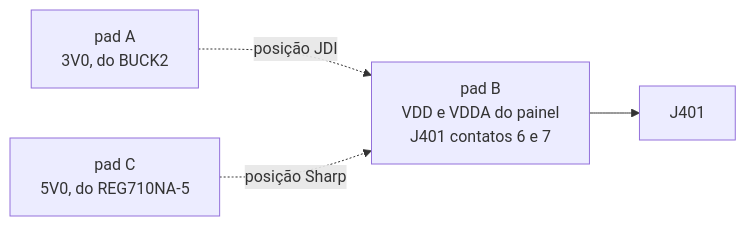
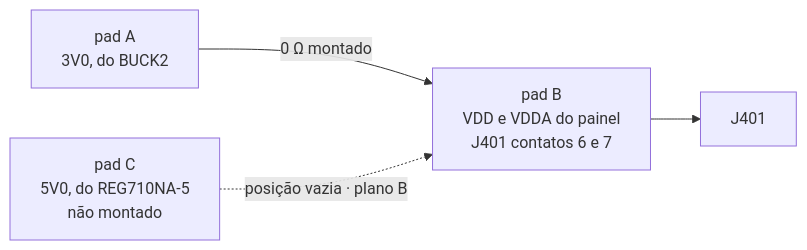
Before and after one commit to Guiimartinho/gnss-bike-computer: the second of 3 diagrams in hardware_gnssbike/06-conectores-e-pontos-de-teste.md, drawn with Mermaid. The commit also changed other lines of this file and 17 other files, not shown here.

````diff
--- a/hardware_gnssbike/06-conectores-e-pontos-de-teste.md
+++ b/hardware_gnssbike/06-conectores-e-pontos-de-teste.md
@@ -369,6 +377,6 @@
 ```mermaid
 flowchart LR
-    A["pad A<br/>3V0, do BUCK2"] -.->|"posição JDI"| B["pad B<br/>VDD e VDDA do painel<br/>J401 contatos 6 e 7"]
-    C["pad C<br/>5V0, do REG710NA-5"] -.->|"posição Sharp"| B
+    A["pad A<br/>3V0, do BUCK2"] -->|"0 Ω montado"| B["pad B<br/>VDD e VDDA do painel<br/>J401 contatos 6 e 7"]
+    C["pad C<br/>5V0, do REG710NA-5<br/>não montado"] -.->|"posição vazia · plano B"| B
     B --> J401["J401"]
 ```
````
